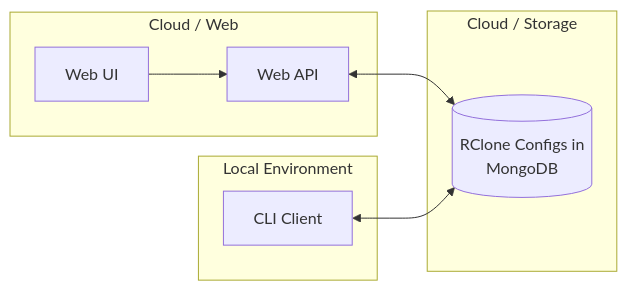
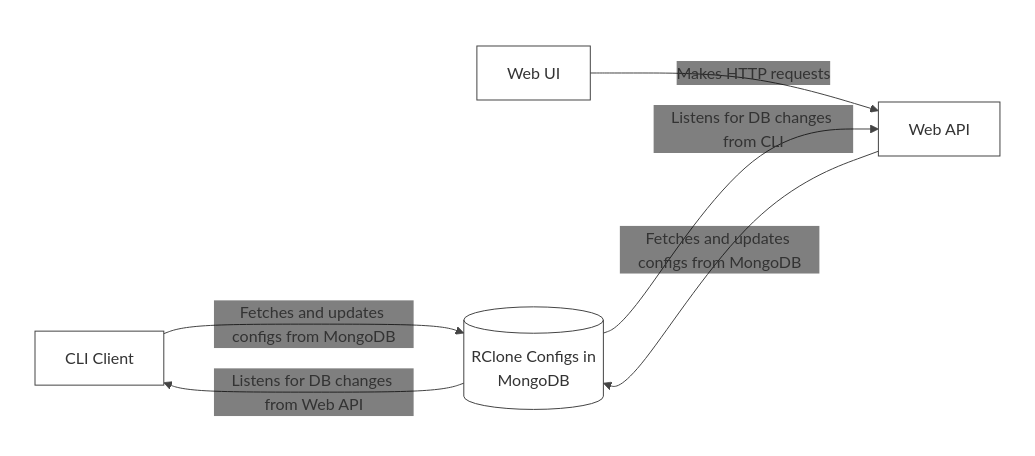
Before and after one commit to EKarton/RClone-on-Cloud: the diagram in README.md, drawn with Mermaid.

````diff
--- a/README.md
+++ b/README.md
@@ -21,32 +21,36 @@
 ```mermaid
 %%{init: {
   "theme": "base",
   "themeVariables": {
     "background": "transparent",
     "mainBkg": "transparent",
     "primaryColor": "transparent",
     "primaryBorderColor": "#444",
     "lineColor": "#444",
     "textColor": "#111",
     "nodeBorder": "#444",
-    'edgeLabelBackground': 'transparent',
+    "edgeLabelBackground": "transparent"
   }
 }}%%
 graph LR
     subgraph "Local Environment"
         CLI[CLI Client]
     end
 
     subgraph "Cloud / Storage"
-        MongoDB[(RClone Configs in\n MongoDB)]
+        MongoDB[(RClone Configs in\nMongoDB)]
     end
 
     subgraph "Cloud / Web"
         WebUI[Web UI]
         WebAPI[Web API]
     end
 
-    WebUI --> WebAPI
-    WebAPI <--> MongoDB
-    CLI <--> MongoDB
+    WebUI -->|"Makes HTTP requests"| WebAPI
+
+    WebAPI -->|"Fetches and updates configs from MongoDB"| MongoDB
+    MongoDB -->|"Listens for DB changes from CLI"| WebAPI
+
+    CLI -->|"Fetches and updates configs from MongoDB"| MongoDB
+    MongoDB -->|"Listens for DB changes from Web API"| CLI
 ```
````
